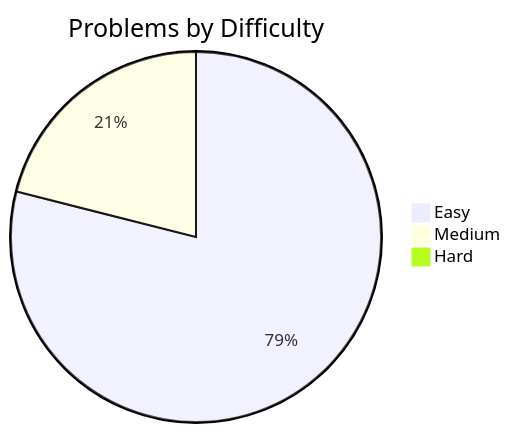
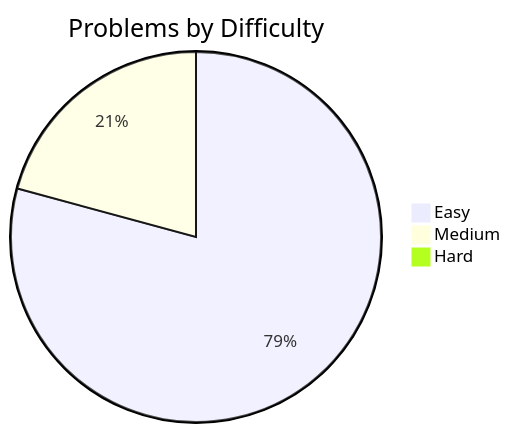
One commit to davelin18yufan/leetcode-journal changed the diagram in README.md. Above: the diagram before and after it, drawn with Mermaid. The commit also changed other lines of this file and 5 other files, not shown here.

````diff
--- a/README.md
+++ b/README.md
@@ -7,7 +7,7 @@
 ```mermaid
 pie
     title Problems by Difficulty
-    "Easy" : 60
+    "Easy" : 61
     "Medium" : 16
     "Hard" : 0
 ```
````
